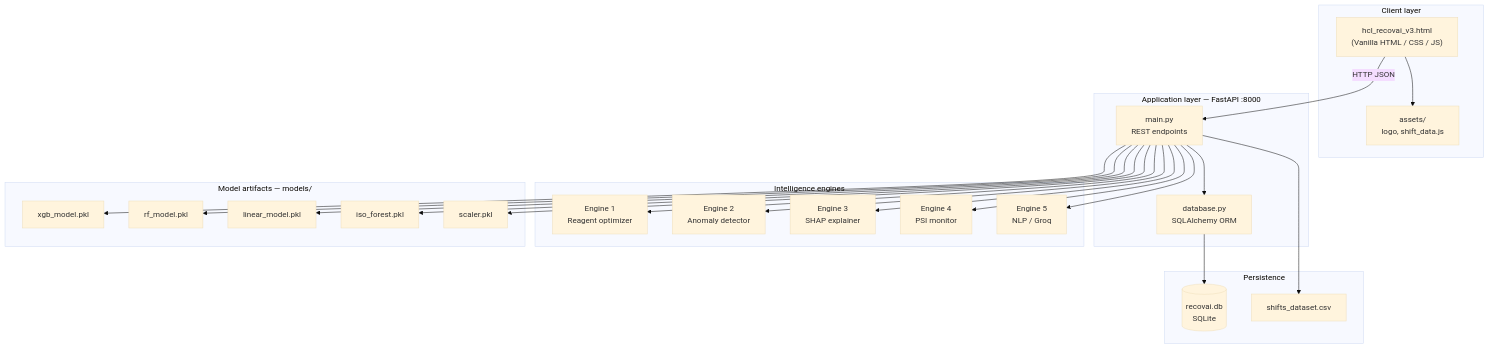
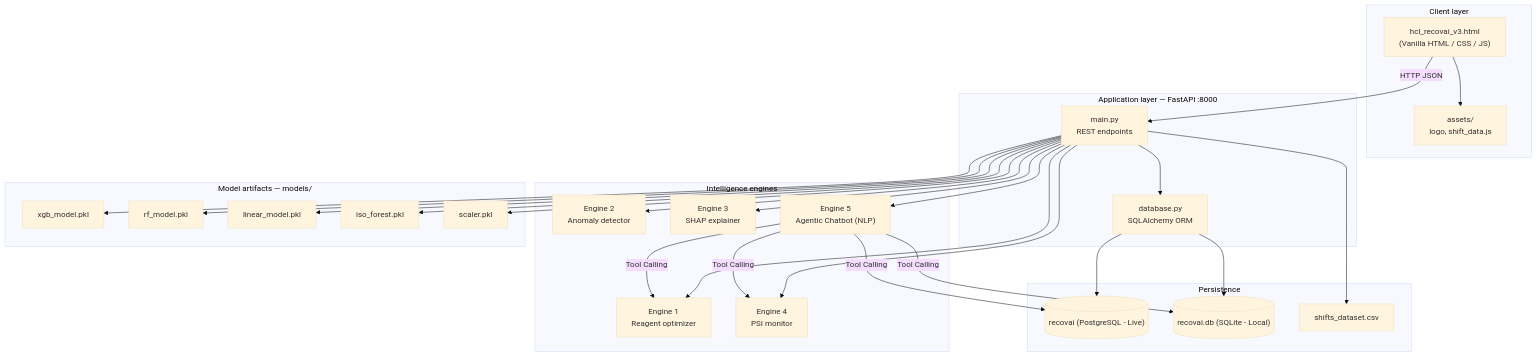
Before and after one commit to dikshadamahe/RecovAI: the first of 2 diagrams in README.md, drawn with Mermaid (base theme). The commit also changed other lines of this file and 19 other files, not shown here.

Commit message:
docs: update README with Render live URL, Postgres support, and agentic chatbot loop

````diff
--- a/README.md
+++ b/README.md
@@ -92,41 +99,43 @@
 ```mermaid
 flowchart TB
     subgraph Client["Client layer"]
         UI["hcl_recovai_v3.html\n(Vanilla HTML / CSS / JS)"]
         Assets["assets/\nlogo, shift_data.js"]
     end
 
     subgraph API["Application layer — FastAPI :8000"]
         Main["main.py\nREST endpoints"]
         DBLayer["database.py\nSQLAlchemy ORM"]
     end
 
     subgraph Engines["Intelligence engines"]
         E1["Engine 1\nReagent optimizer"]
         E2["Engine 2\nAnomaly detector"]
         E3["Engine 3\nSHAP explainer"]
         E4["Engine 4\nPSI monitor"]
-        E5["Engine 5\nNLP / Groq"]
+        E5["Engine 5\nAgentic Chatbot (NLP)"]
     end
 
     subgraph ML["Model artifacts — models/"]
         XGB["xgb_model.pkl"]
         RF["rf_model.pkl"]
         LIN["linear_model.pkl"]
         ISO["iso_forest.pkl"]
         SCL["scaler.pkl"]
     end
 
   subgraph Store["Persistence"]
-        SQLite[("recovai.db\nSQLite")]
+        Postgres[("recovai (PostgreSQL - Live)")]
+        SQLite[("recovai.db (SQLite - Local)")]
         CSV["shifts_dataset.csv"]
     end
 
     UI -->|HTTP JSON| Main
     Main --> E1 & E2 & E3 & E4 & E5
     Main --> XGB & RF & LIN & ISO & SCL
     Main --> DBLayer
-    DBLayer --> SQLite
+    DBLayer --> SQLite & Postgres
     Main --> CSV
     UI --> Assets
+    E5 -->|Tool Calling| SQLite & Postgres & E1 & E4
 ```
````
